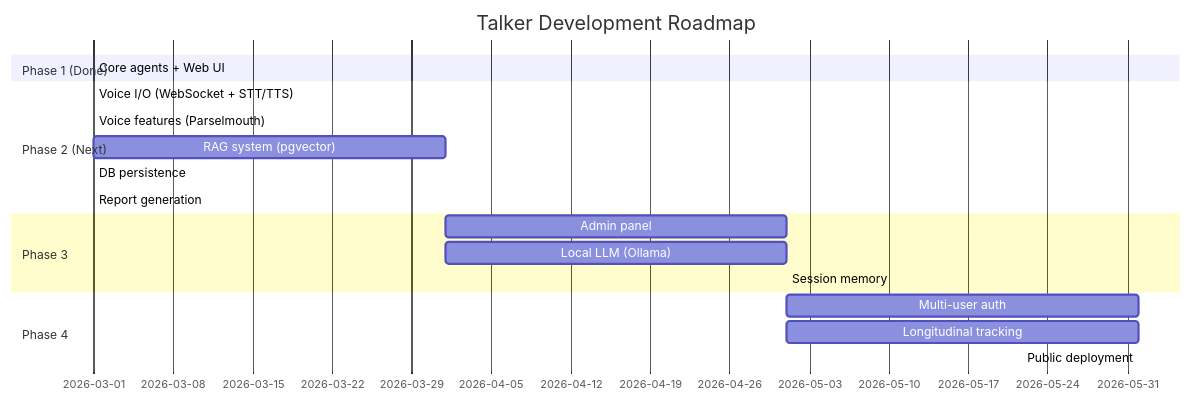
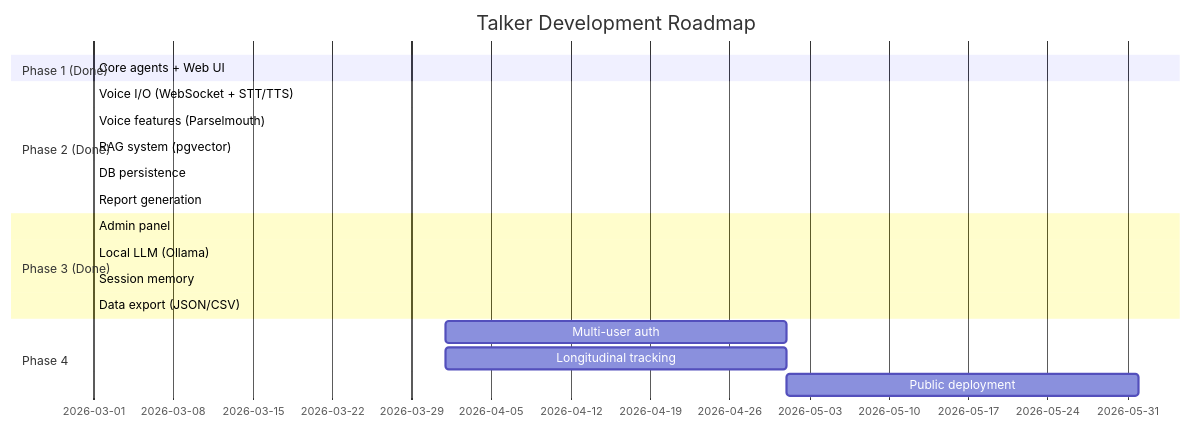
One commit to bodharma/talker changed diagram 11 of 11 in docs/architecture.md. Above: the diagram before and after it, drawn with Mermaid. The commit also changed other lines of this file and 25 other files, not shown here.

First line of the commit message:
feat: Phase 3 complete — admin panel, Ollama fallback, session memory, data export

````diff
--- a/docs/architecture.md
+++ b/docs/architecture.md
@@ -465,21 +506,22 @@
 ```mermaid
 gantt
     title Talker Development Roadmap
     dateFormat YYYY-MM
     section Phase 1 (Done)
         Core agents + Web UI          :done, p1, 2026-03, 2026-03
-    section Phase 2 (Next)
+    section Phase 2 (Done)
         Voice I/O (WebSocket + STT/TTS) :done, p2a, 2026-03, 2026-03
         Voice features (Parselmouth)  :done, p2f, 2026-03, 2026-03
-        RAG system (pgvector)         :p2b, 2026-03, 2026-04
+        RAG system (pgvector)         :done, p2b, 2026-03, 2026-03
         DB persistence                :done, p2d, 2026-03, 2026-03
         Report generation             :done, p2e, 2026-03, 2026-03
-    section Phase 3
-        Admin panel                   :p3a, 2026-04, 2026-05
-        Local LLM (Ollama)            :p3b, 2026-04, 2026-05
-        Session memory                :p3c, 2026-05, 2026-05
+    section Phase 3 (Done)
+        Admin panel                   :done, p3a, 2026-03, 2026-03
+        Local LLM (Ollama)            :done, p3b, 2026-03, 2026-03
+        Session memory                :done, p3c, 2026-03, 2026-03
+        Data export (JSON/CSV)        :done, p3d, 2026-03, 2026-03
     section Phase 4
-        Multi-user auth               :p4a, 2026-05, 2026-06
-        Longitudinal tracking         :p4b, 2026-05, 2026-06
-        Public deployment             :p4c, 2026-06, 2026-06
+        Multi-user auth               :p4a, 2026-04, 2026-05
+        Longitudinal tracking         :p4b, 2026-04, 2026-05
+        Public deployment             :p4c, 2026-05, 2026-06
 ```
````
